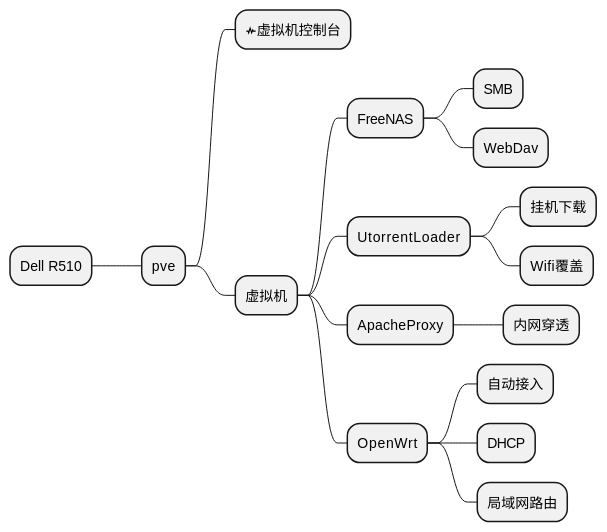
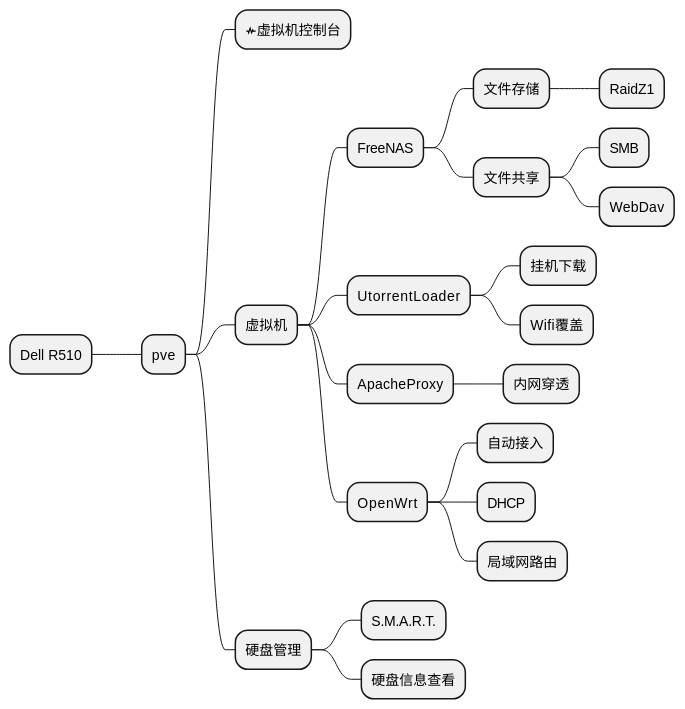
The third of 3 diagrams in Notes/MyServer.md (A0nameless0man/Pile), drawn with PlantUML before and after one commit. The commit also changed other lines of this file, not shown here.

Commit message:
update graph

````diff
--- a/Notes/MyServer.md
+++ b/Notes/MyServer.md
@@ -140,20 +141,26 @@
 ```puml
 @startmindmap
 + Dell R510
 ++ pve
 +++ <&pulse>虚拟机控制台
 +++ 虚拟机
 ++++ FreeNAS
-+++++ SMB
-+++++ WebDav
++++++ 文件存储
+++++++ RaidZ1
++++++ 文件共享
+++++++ SMB
+++++++ WebDav
 ++++ UtorrentLoader
 +++++ 挂机下载
 +++++ Wifi覆盖
 ++++ ApacheProxy
 +++++ 内网穿透
 ++++ OpenWrt
 +++++ 自动接入
 +++++ DHCP
 +++++ 局域网路由
++++ 硬盘管理
+++++ S.M.A.R.T.
+++++ 硬盘信息查看
 @endmindmap
 ```
````
